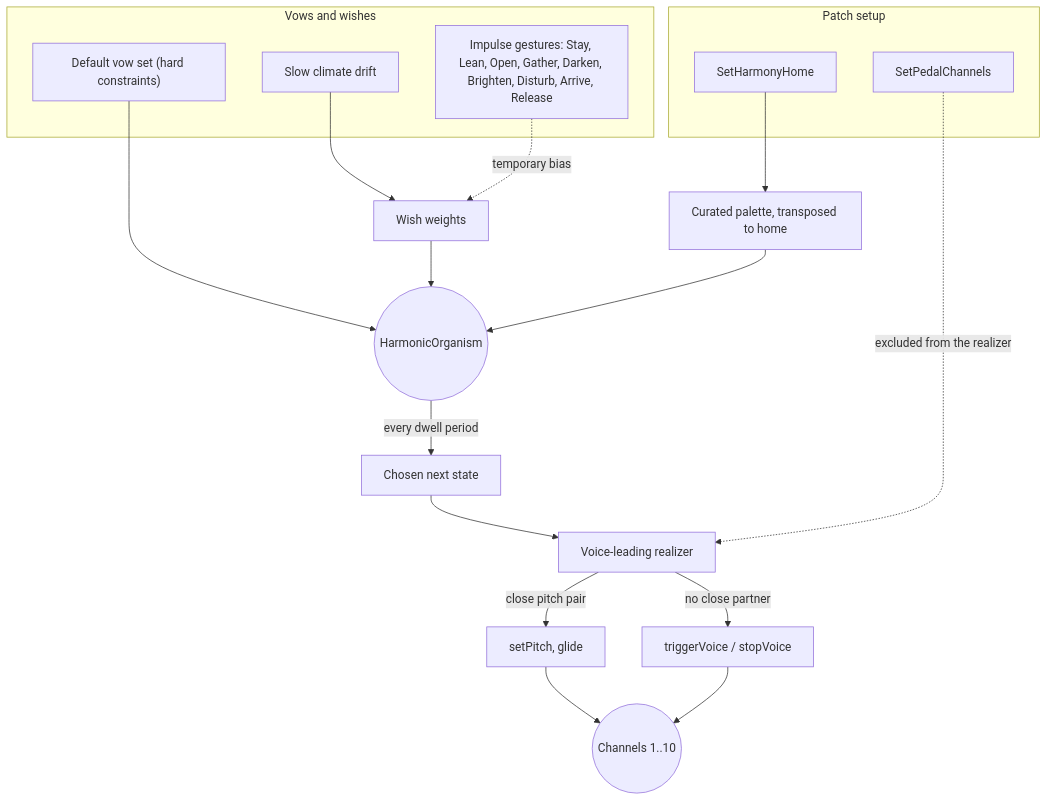
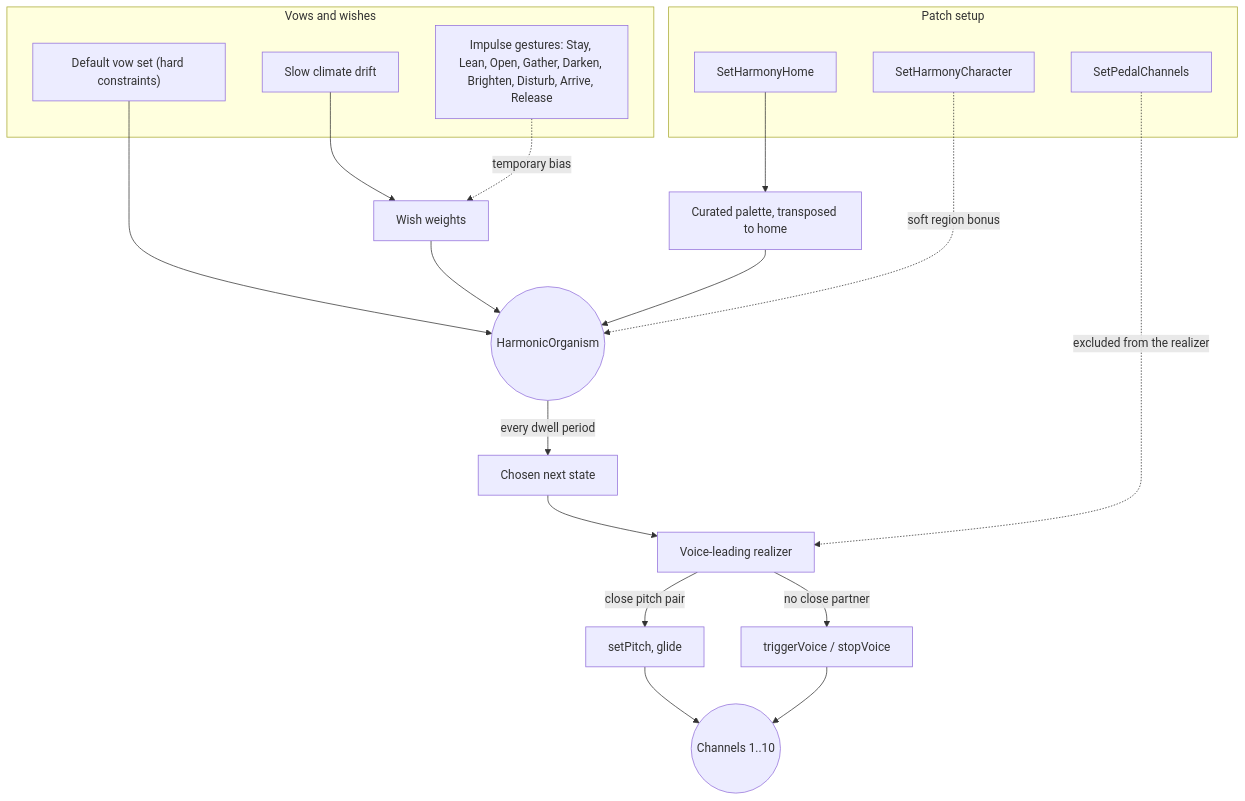
The second of 2 diagrams in examples/ambientpad/README.md (scjurgen/AbacDsp), drawn with Mermaid before and after one commit. The commit also changed other lines of this file and 11 other files, not shown here.

Commit message:
Add harmony region/character controls and fix realizer note offsets

````diff
--- a/examples/ambientpad/README.md
+++ b/examples/ambientpad/README.md
@@ -101,31 +102,33 @@
 ```mermaid
 flowchart TD
     subgraph SETUP["Patch setup"]
         HOME["SetHarmonyHome"]
+        CHAR["SetHarmonyCharacter"]
         PEDAL["SetPedalChannels"]
     end
 
     subgraph PREF["Vows and wishes"]
         VOWS["Default vow set (hard constraints)"]
         CLIMATE["Slow climate drift"]
         IMPULSES["Impulse gestures: Stay, Lean, Open, Gather, Darken, Brighten, Disturb, Arrive, Release"]
     end
 
     CLIMATE --> WEIGHTS["Wish weights"]
     IMPULSES -.->|temporary bias| WEIGHTS
 
     HOME --> PALETTE["Curated palette, transposed to home"]
     PALETTE --> ORGANISM(("HarmonicOrganism"))
     VOWS --> ORGANISM
     WEIGHTS --> ORGANISM
+    CHAR -.->|soft region bonus| ORGANISM
 
     ORGANISM -->|every dwell period| TRANSITION["Chosen next state"]
     TRANSITION --> REALIZER["Voice-leading realizer"]
     PEDAL -.->|excluded from the realizer| REALIZER
 
     REALIZER -->|close pitch pair| GLIDE["setPitch, glide"]
     REALIZER -->|no close partner| FADE["triggerVoice / stopVoice"]
 
     GLIDE --> VOICES(("Channels 1..10"))
     FADE --> VOICES
 ```
````
